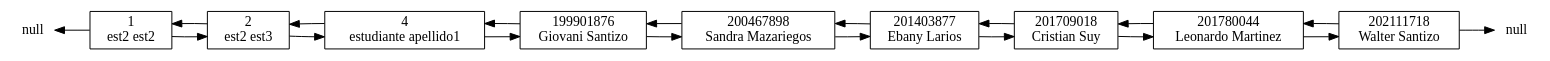
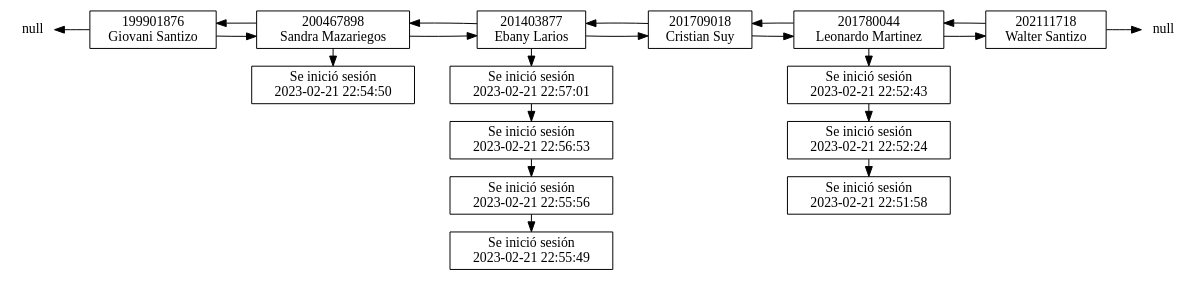
The diagram in EDD_Proyecto1_Fase1/Grafics/Lista.dot (walterjav19/EDD_1S2023_PY_202111718), drawn with Graphviz before and after one commit. The commit also changed 10 other files, not shown here.

```diff
--- a/EDD_Proyecto1_Fase1/Grafics/Lista.dot
+++ b/EDD_Proyecto1_Fase1/Grafics/Lista.dot
@@ -1,33 +1,51 @@
 digraph LinkedList {
 	rankdir=LR;
-	node [shape=record];
+	node [shape=box];
 	nullI [shape=none, label="null", style=bold, height=0, width=0];
 	nullF [shape=none, label="null", style=bold, height=0, width=0];
-	a1[label="1\nest2 est2"]
-	a1->a2
-	nullI->a1[dir=back]
-			a2[label="2\nest2 est3"]
-	a2->a4
-	a2->a1
-	a4[label="4\nestudiante apellido1"]
-	a4->a199901876
-	a4->a2
 	a199901876[label="199901876\nGiovani Santizo"]
 	a199901876->a200467898
-	a199901876->a4
-	a200467898[label="200467898\nSandra Mazariegos"]
+	nullI->a199901876[dir=back]
+			a200467898[label="200467898\nSandra Mazariegos"]
 	a200467898->a201403877
 	a200467898->a199901876
-	a201403877[label="201403877\nEbany Larios"]
+	a200467898->n20
+	n20[label="Se inició sesión
+2023-02-21 22:54:50"]
+		{rank=same;a200467898,n20}
+a201403877[label="201403877\nEbany Larios"]
 	a201403877->a201709018
 	a201403877->a200467898
-	a201709018[label="201709018\nCristian Suy"]
+	a201403877->n40
+	n40[label="Se inició sesión
+2023-02-21 22:57:01"]
+		n40->n41
+			n41[label="Se inició sesión
+2023-02-21 22:56:53"]
+		n41->n42
+			n42[label="Se inició sesión
+2023-02-21 22:55:56"]
+		n42->n43
+			n43[label="Se inició sesión
+2023-02-21 22:55:49"]
+		{rank=same;a201403877,n40,n41,n42,n43}
+a201709018[label="201709018\nCristian Suy"]
 	a201709018->a201780044
 	a201709018->a201403877
 	a201780044[label="201780044\nLeonardo Martinez"]
 	a201780044->a202111718
 	a201780044->a201709018
-	a202111718[label="202111718\nWalter Santizo"]
+	a201780044->n80
+	n80[label="Se inició sesión
+2023-02-21 22:52:43"]
+		n80->n81
+			n81[label="Se inició sesión
+2023-02-21 22:52:24"]
+		n81->n82
+			n82[label="Se inició sesión
+2023-02-21 22:51:58"]
+		{rank=same;a201780044,n80,n81,n82}
+a202111718[label="202111718\nWalter Santizo"]
 	a202111718->a201780044
 	a202111718->nullF
 			}
```
